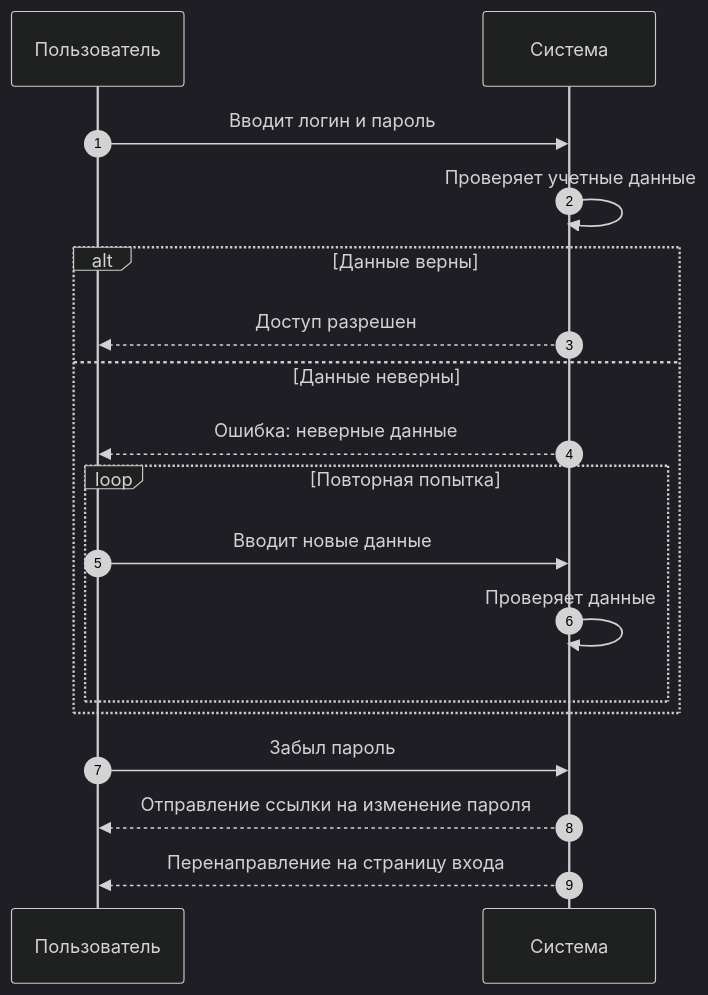
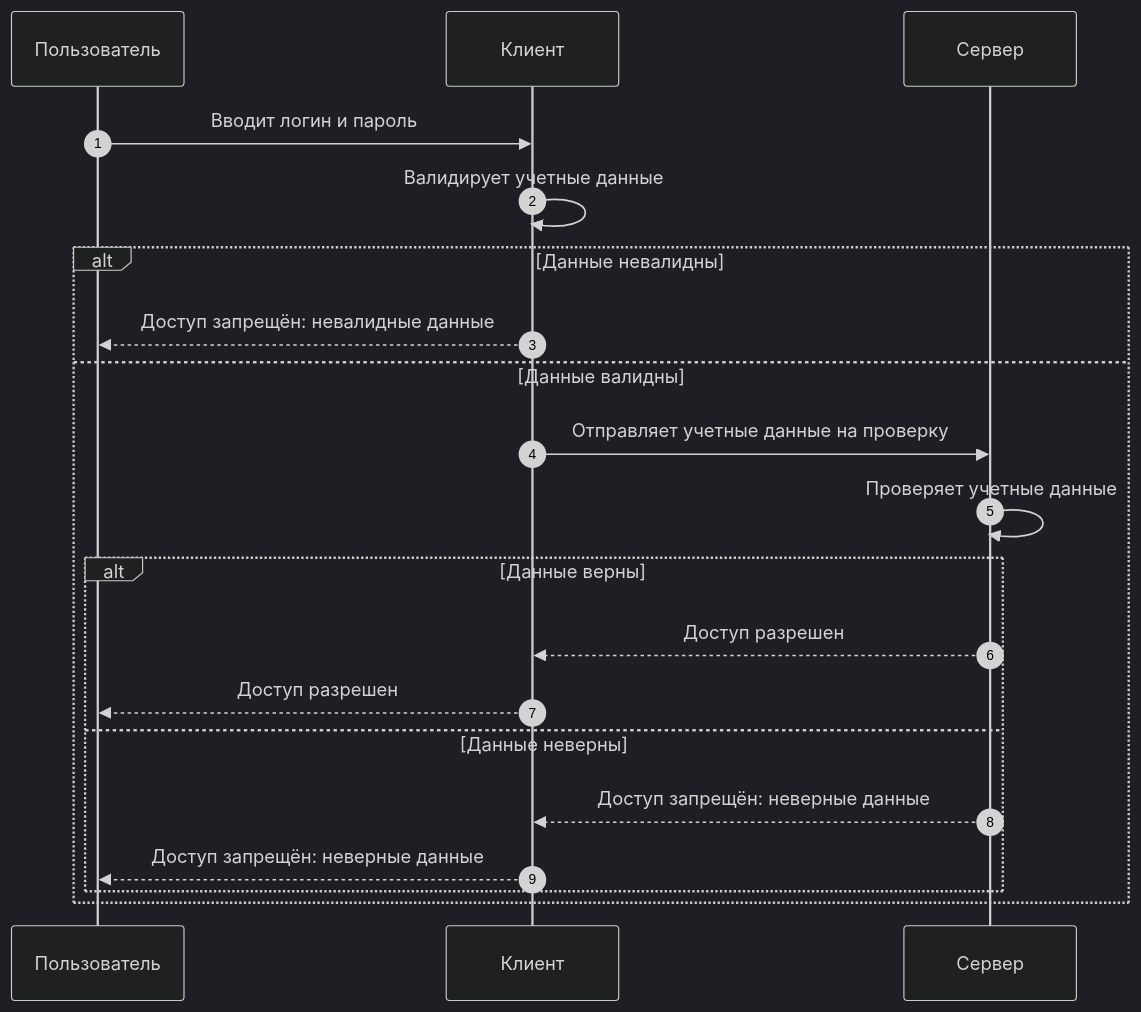
One commit to P314Rat/LegalexAccount changed the second of 2 diagrams in Documentation/docs/авторизация/login.md. Above: the diagram before and after it, drawn with Mermaid (dark theme). The commit also changed other lines of this file and 4 other files, not shown here.

````diff
--- a/Documentation/docs/авторизация/login.md
+++ b/Documentation/docs/авторизация/login.md
@@ -26,18 +30,20 @@
 ```mermaid
 sequenceDiagram
     autonumber
-    Пользователь->>Система: Вводит логин и пароль
-    Система->>Система: Проверяет учетные данные
-    alt Данные верны
-        Система-->>Пользователь: Доступ разрешен
-    else Данные неверны
-        Система-->>Пользователь: Ошибка: неверные данные
-        loop Повторная попытка
-            Пользователь->>Система: Вводит новые данные
-            Система->>Система: Проверяет данные
+    Пользователь->>Клиент: Вводит логин и пароль
+    Клиент->>Клиент: Валидирует учетные данные
+    alt Данные невалидны
+        Клиент-->>Пользователь: Доступ запрещён: невалидные данные
+        
+    else Данные валидны
+        Клиент->>Сервер: Отправляет учетные данные на проверку
+        Сервер->>Сервер: Проверяет учетные данные
+        alt Данные верны
+            Сервер-->>Клиент: Доступ разрешен
+            Клиент-->>Пользователь: Доступ разрешен
+        else Данные неверны
+            Сервер-->>Клиент: Доступ запрещён: неверные данные
+            Клиент-->>Пользователь: Доступ запрещён: неверные данные
         end
     end
-    Пользователь->>Система: Забыл пароль
-    Система-->>Пользователь: Отправление ссылки на изменение пароля
-    Система-->>Пользователь: Перенаправление на страницу входа
 ```
````
